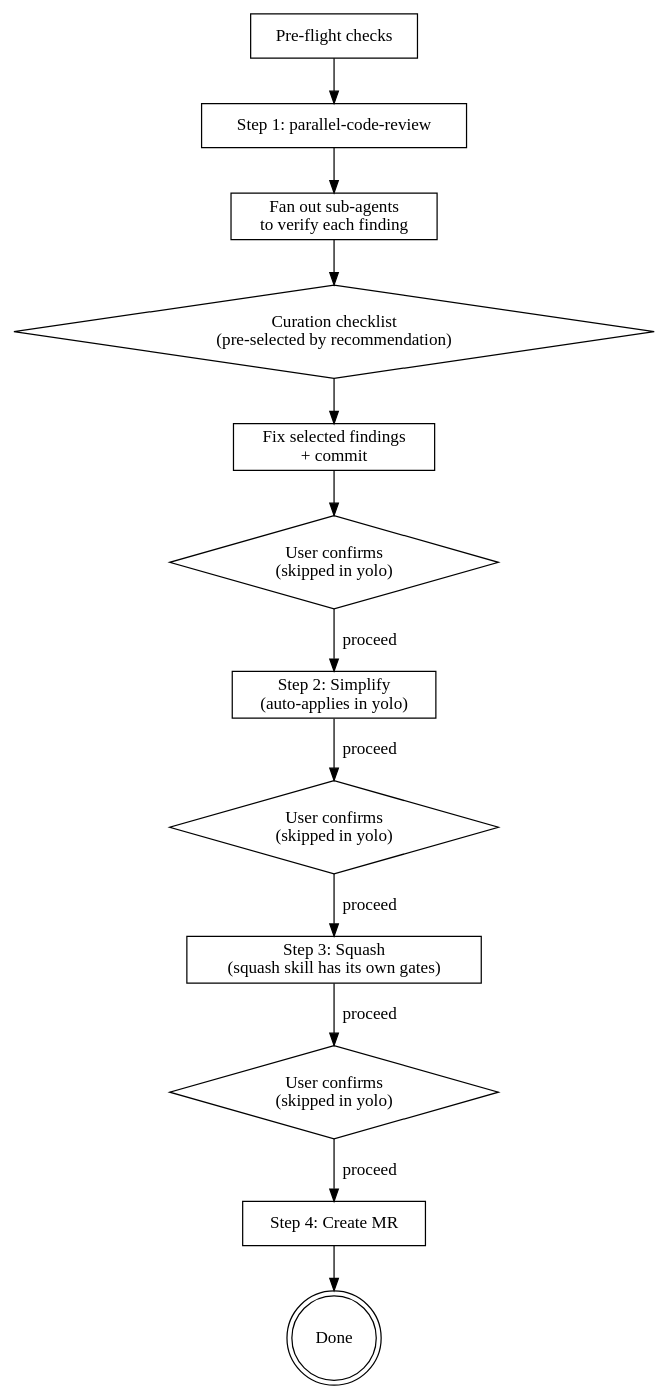
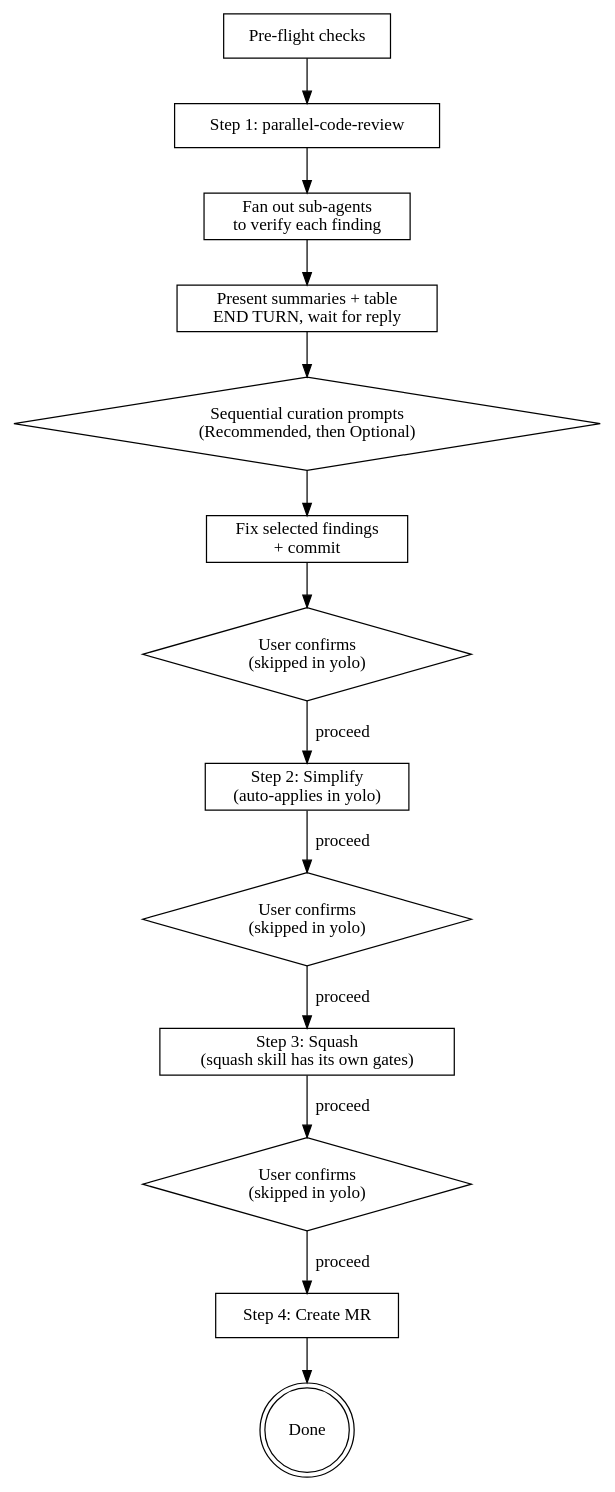
One commit to Minkey27/ai-skills changed the diagram in skills/finalize-branch/SKILL.md. Above: the diagram before and after it, drawn with Graphviz. The commit also changed other lines of this file and 1 other file, not shown here.

First line of the commit message:
docs(finalize-branch,mr-review): require ending turn before curation prompts

````diff
--- a/skills/finalize-branch/SKILL.md
+++ b/skills/finalize-branch/SKILL.md
@@ -69,25 +69,26 @@
 ```dot
 digraph finalize {
     rankdir=TB;
     node [shape=box];
 
     preflight [label="Pre-flight checks"];
     review [label="Step 1: parallel-code-review"];
     verify [label="Fan out sub-agents\nto verify each finding"];
-    curate [label="Curation checklist\n(pre-selected by recommendation)" shape=diamond];
+    present [label="Present summaries + table\nEND TURN, wait for reply"];
+    curate [label="Sequential curation prompts\n(Recommended, then Optional)" shape=diamond];
     fix [label="Fix selected findings\n+ commit"];
     gate1 [label="User confirms\n(skipped in yolo)" shape=diamond];
     simplify [label="Step 2: Simplify\n(auto-applies in yolo)"];
     gate2 [label="User confirms\n(skipped in yolo)" shape=diamond];
     squash [label="Step 3: Squash\n(squash skill has its own gates)"];
     gate3 [label="User confirms\n(skipped in yolo)" shape=diamond];
     mr [label="Step 4: Create MR"];
     done [label="Done" shape=doublecircle];
 
-    preflight -> review -> verify -> curate -> fix -> gate1;
+    preflight -> review -> verify -> present -> curate -> fix -> gate1;
     gate1 -> simplify [label="proceed"];
     simplify -> gate2 -> squash [label="proceed"];
     squash -> gate3 -> mr [label="proceed"];
     mr -> done;
 }
 ```
````
